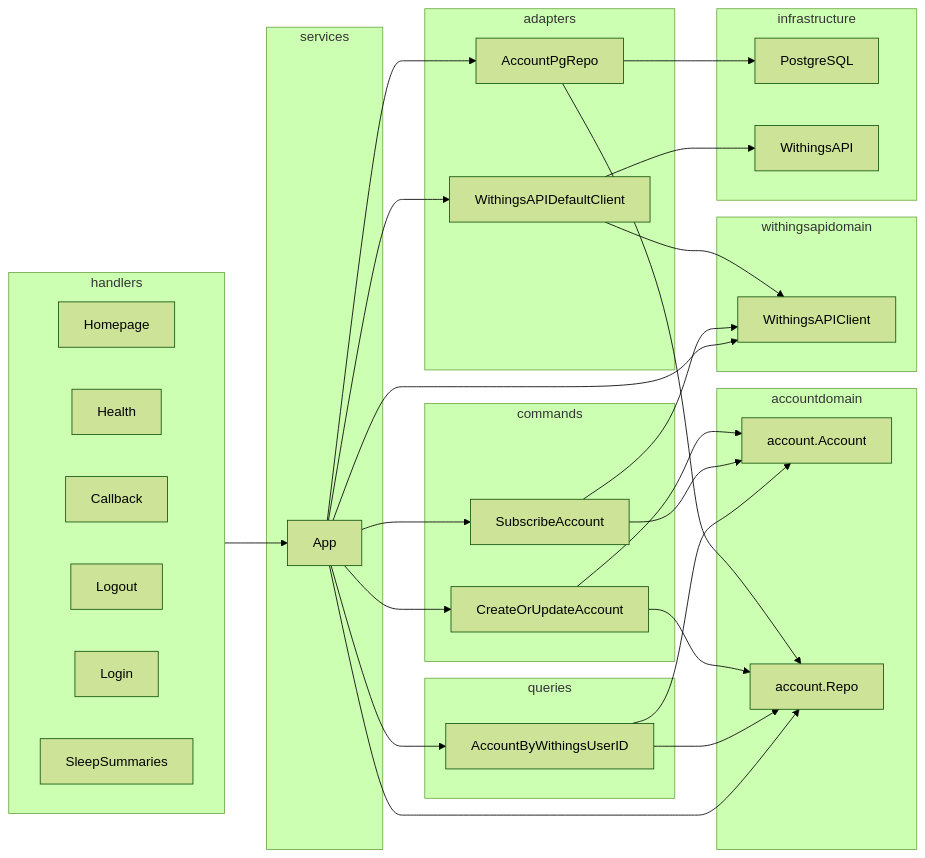
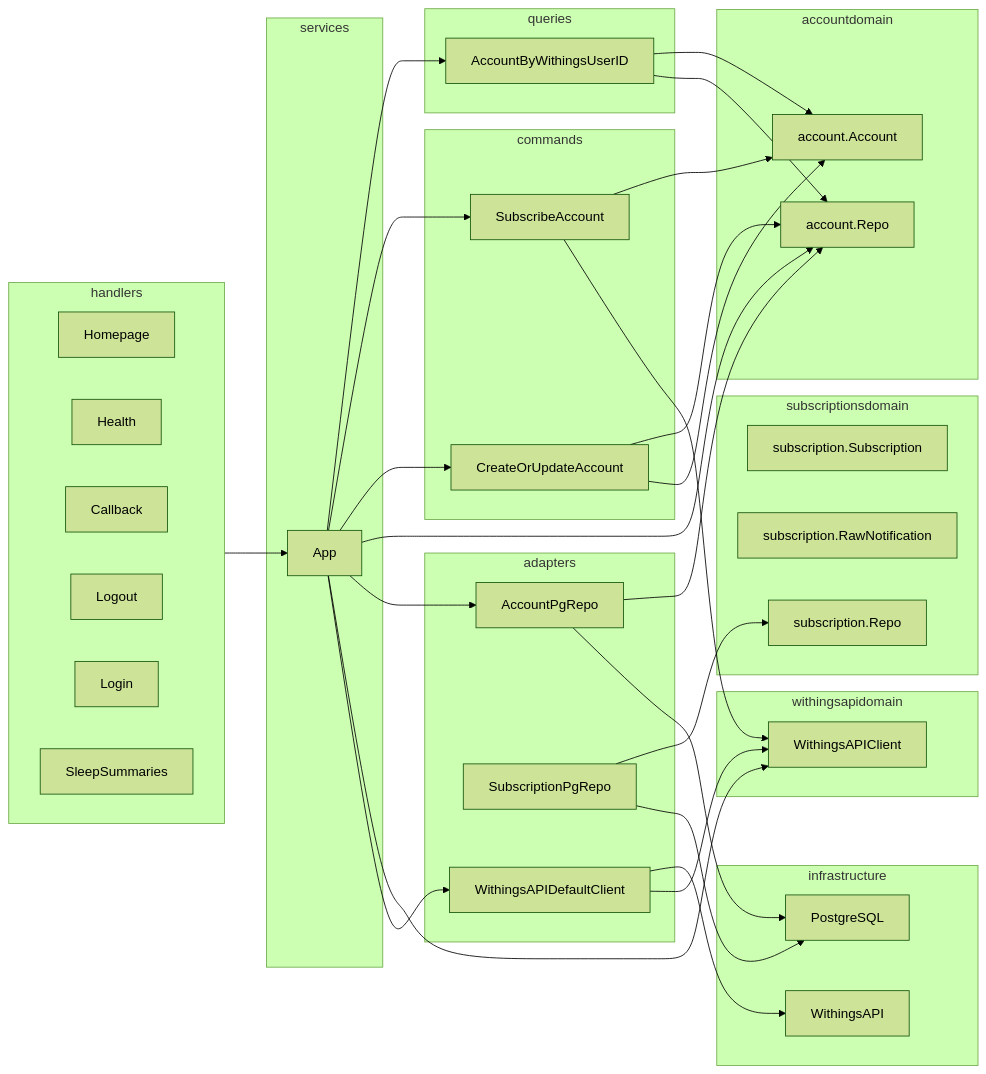
Before and after one commit to roessland/withoutings: the diagram in docs/ddd-architecture.md, drawn with Mermaid (forest theme). The commit also changed 20 other files, not shown here.

````diff
--- a/docs/ddd-architecture.md
+++ b/docs/ddd-architecture.md
@@ -5,62 +5,69 @@
 ```mermaid
 flowchart LR;
 
 
 subgraph withingsapidomain
     WithingsAPIClient
 end
 
 subgraph infrastructure
     PostgreSQL
     WithingsAPI
 end
 
 subgraph accountdomain
     account.Account
     account.Repo
 end
 
+subgraph subscriptionsdomain
+    subscription.Subscription
+    subscription.RawNotification
+    subscription.Repo
+end
 
 subgraph adapters
     AccountPgRepo-->account.Repo
     AccountPgRepo-->PostgreSQL
+    SubscriptionPgRepo-->subscription.Repo
+    SubscriptionPgRepo-->PostgreSQL
     WithingsAPIDefaultClient-->WithingsAPI
     WithingsAPIDefaultClient-->WithingsAPIClient
 end
 
 subgraph commands
     CreateOrUpdateAccount-->account.Repo
     CreateOrUpdateAccount-->account.Account
     SubscribeAccount-->account.Account
     SubscribeAccount-->WithingsAPIClient
 end
 
 subgraph queries
     AccountByWithingsUserID-->account.Account
     AccountByWithingsUserID-->account.Repo
 end
 
 subgraph services
     App-->AccountByWithingsUserID
     App-->SubscribeAccount
     App-->CreateOrUpdateAccount
     App-->account.Repo
     App-->AccountPgRepo
     App-->WithingsAPIClient
     App-->WithingsAPIDefaultClient
 end
 
 subgraph handlers
     direction LR
     Homepage
     Health
     Callback
     Logout
     Login
     SleepSummaries
    
 end
 handlers-->App
 
 
 ```
````
